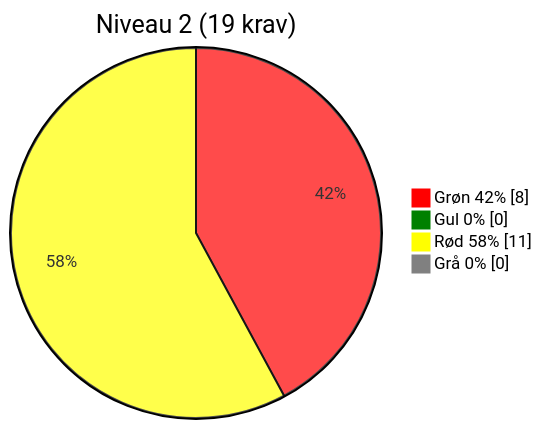
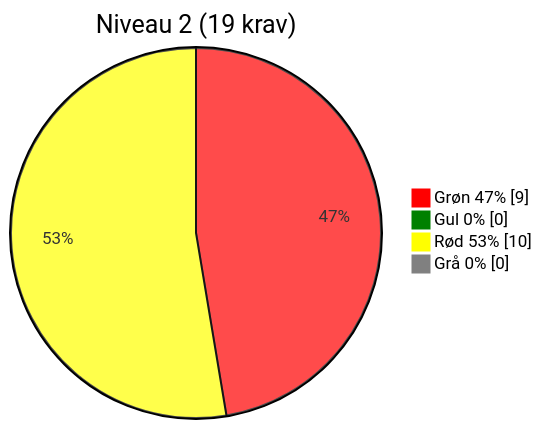
The third of 5 diagrams in docs/audits/os2-test_assessment.md (OS2offdig/os2-product-reviews), drawn with Mermaid before and after one commit. The commit also changed other lines of this file, not shown here.

````diff
--- a/docs/audits/os2-test_assessment.md
+++ b/docs/audits/os2-test_assessment.md
@@ -142,11 +136,11 @@
 ```mermaid
 %%{init: {"themeVariables": {
  "pie1": "#FF0000", "pie2": "#008000", "pie3": "#FFFF00", "pie4": "#808080"
 }}}%%
 pie showData
  title Niveau 2 (19 krav)
- "Grøn 42%" : 8
+ "Grøn 47%" : 9
  "Gul 0%" : 0
- "Rød 58%" : 11
+ "Rød 53%" : 10
  "Grå 0%" : 0
 ```
````
